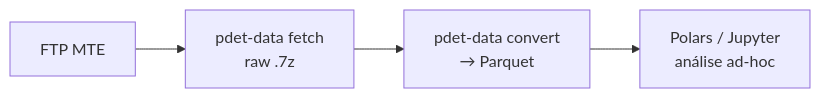
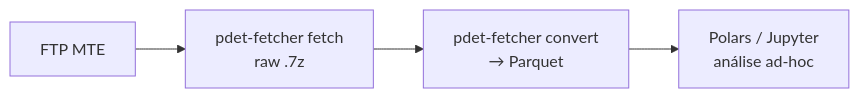
The first of 2 diagrams in docs/trabalho/index.md (Quantilica/docs), drawn with Mermaid before and after one commit. The commit also changed other lines of this file and 9 other files, not shown here.

First line of the commit message:
docs: rename pdet-data → pdet-fetcher throughout

````diff
--- a/docs/trabalho/index.md
+++ b/docs/trabalho/index.md
@@ -21,6 +21,6 @@
 ```mermaid
 graph LR
-    A[FTP MTE] --> B[pdet-data fetch<br/>raw .7z]
-    B --> C[pdet-data convert<br/>→ Parquet]
+    A[FTP MTE] --> B[pdet-fetcher fetch<br/>raw .7z]
+    B --> C[pdet-fetcher convert<br/>→ Parquet]
     C --> D[Polars / Jupyter<br/>análise ad-hoc]
 ```
````
